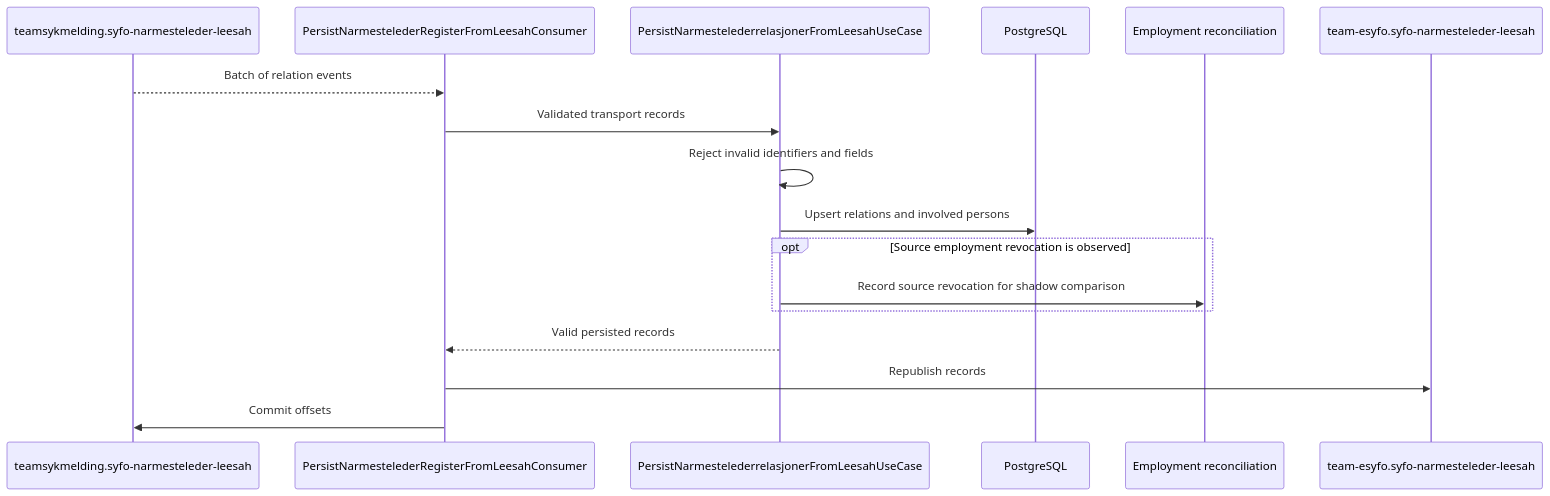
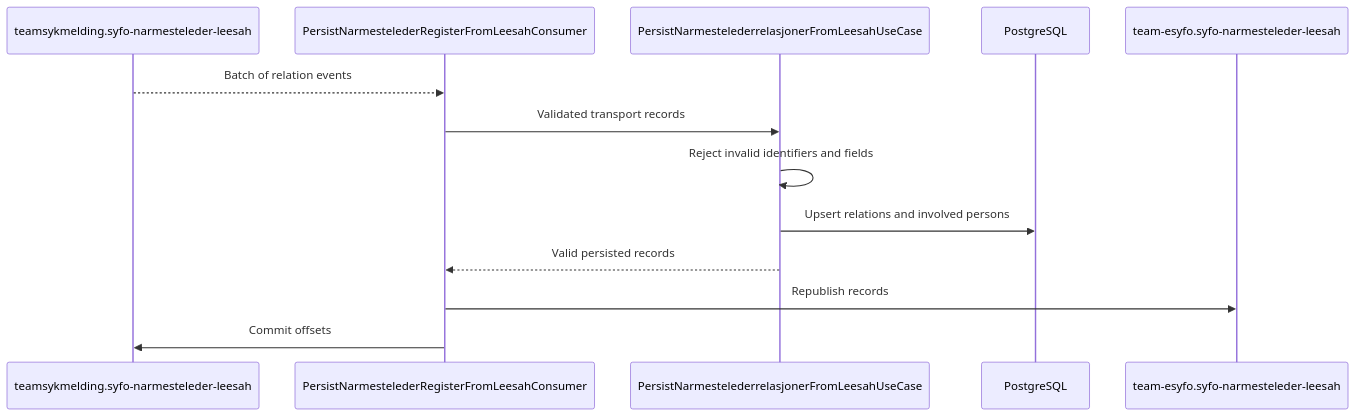
The sixth of 8 diagrams in docs/data-flow.md (navikt/esyfo-narmesteleder), drawn with Mermaid before and after one commit. The commit also changed other lines of this file and 1 other file, not shown here.

Commit message:
docs: address data flow review

````diff
--- a/docs/data-flow.md
+++ b/docs/data-flow.md
@@ -262,20 +289,16 @@
 ```mermaid
 sequenceDiagram
     participant Source as teamsykmelding.syfo-narmesteleder-leesah
     participant Consumer as PersistNarmestelederRegisterFromLeesahConsumer
     participant UseCase as PersistNarmestelederrelasjonerFromLeesahUseCase
     participant DB as PostgreSQL
-    participant Compare as Employment reconciliation
     participant Target as team-esyfo.syfo-narmesteleder-leesah
 
     Source-->>Consumer: Batch of relation events
     Consumer->>UseCase: Validated transport records
     UseCase->>UseCase: Reject invalid identifiers and fields
     UseCase->>DB: Upsert relations and involved persons
-    opt Source employment revocation is observed
-        UseCase->>Compare: Record source revocation for shadow comparison
-    end
     UseCase-->>Consumer: Valid persisted records
     Consumer->>Target: Republish records
     Consumer->>Source: Commit offsets
 ```
````
